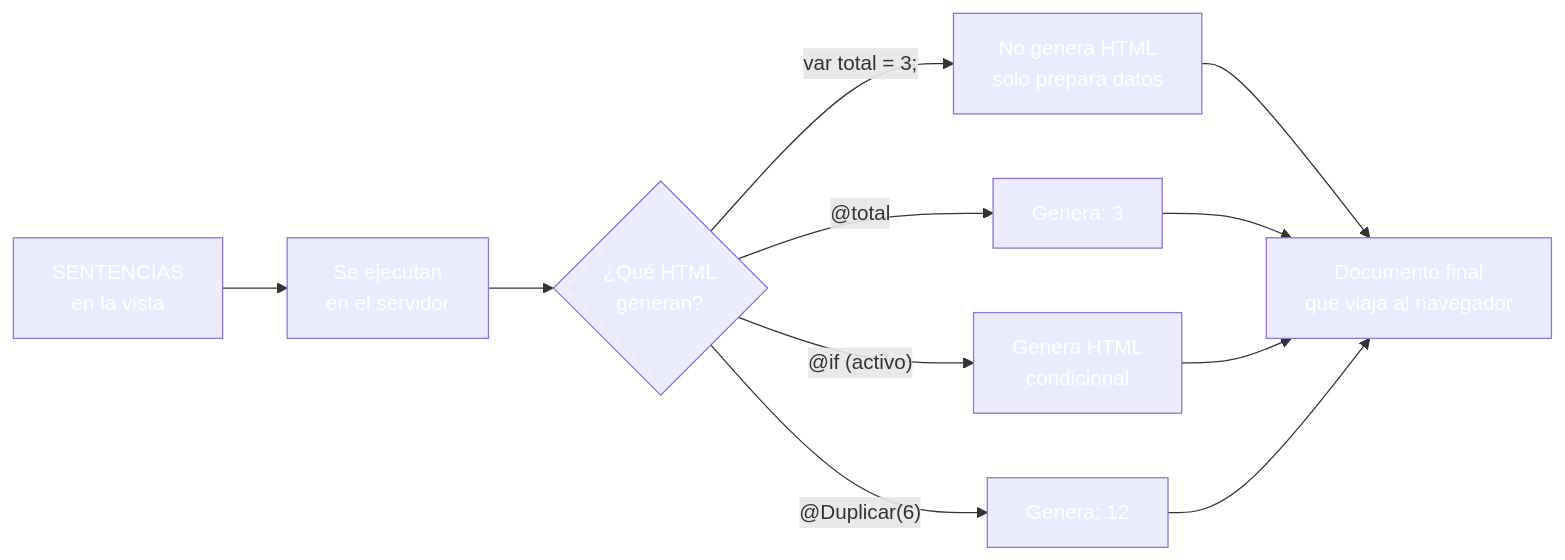
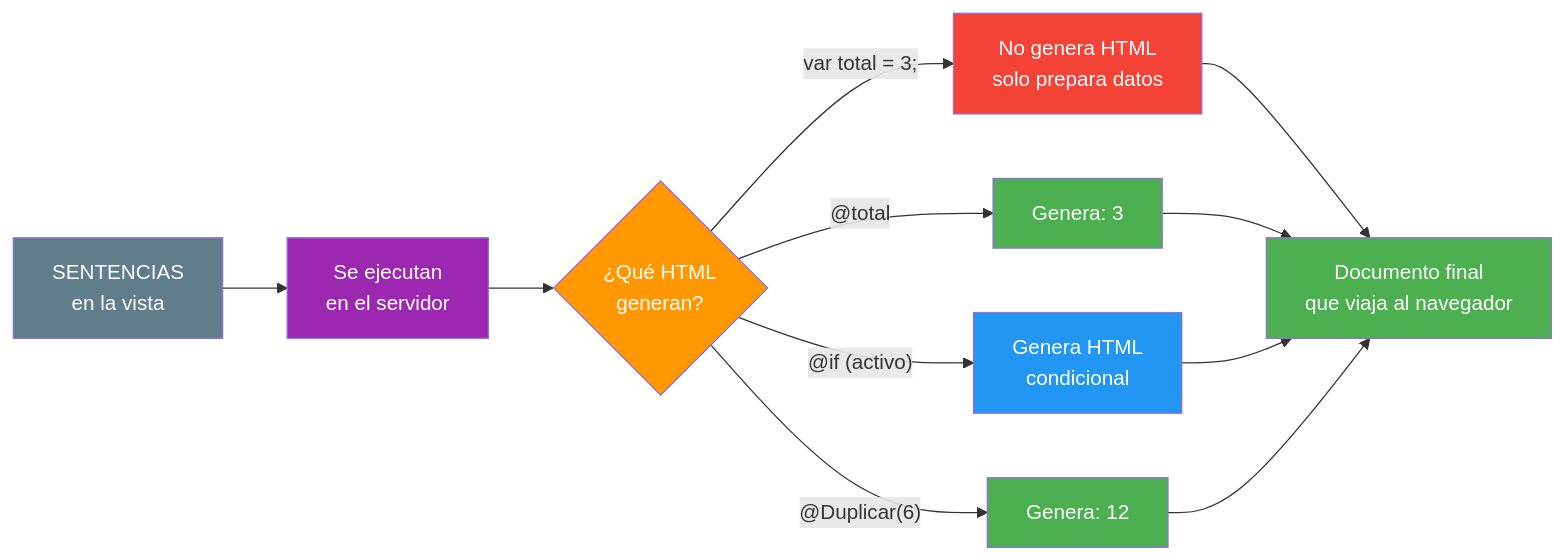
The third of 6 diagrams in 02-directivas-sintaxis.md (joseluisgs/DesarrolloWebEntornosServidor-03-2026-2027), drawn with Mermaid before and after one commit. The commit also changed other lines of this file and 25 other files, not shown here.

Commit message:
docs: corregir los estilos Mermaid de los temas y alinear el dominio del tema 25 con ProductosApp

````diff
--- a/02-directivas-sintaxis.md
+++ b/02-directivas-sintaxis.md
@@ -292,22 +292,22 @@
 ```mermaid
 graph LR
     A["SENTENCIAS<br/>en la vista"] --> B["Se ejecutan<br/>en el servidor"]
     B --> C{"¿Qué HTML<br/>generan?"}
     C -->|"var total = 3;"| D["No genera HTML<br/>solo prepara datos"]
     C -->|"@total"| E["Genera:  3"]
     C -->|"@if (activo)"| F["Genera HTML<br/>condicional"]
     C -->|"@Duplicar(6)"| G["Genera:  12"]
     D --> H["Documento final<br/>que viaja al navegador"]
     E --> H
     F --> H
     G --> H
 
-    style A fill:#607D8,color:#fffB,color:#fff
-    style B fill:#9C27B,color:#fff0,color:#fff
-    style C fill:#FF980,color:#fff0,color:#fff
-    style D fill:#f4433,color:#fff6,color:#fff
-    style E fill:#4CAF5,color:#fff0,color:#fff
-    style F fill:#2196F,color:#fff3,color:#fff
-    style G fill:#4CAF5,color:#fff0,color:#fff
-    style H fill:#4CAF5,color:#fff0,color:#fff
+    style A fill:#607D8B,color:#fff
+    style B fill:#9C27B0,color:#fff
+    style C fill:#FF9800,color:#fff
+    style D fill:#f44336,color:#fff
+    style E fill:#4CAF50,color:#fff
+    style F fill:#2196F3,color:#fff
+    style G fill:#4CAF50,color:#fff
+    style H fill:#4CAF50,color:#fff
 ```
````
